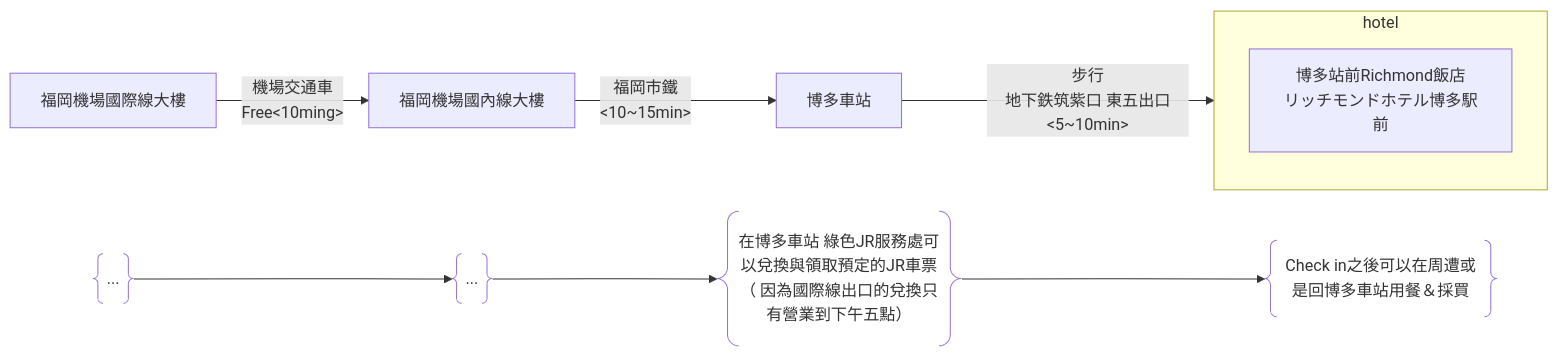
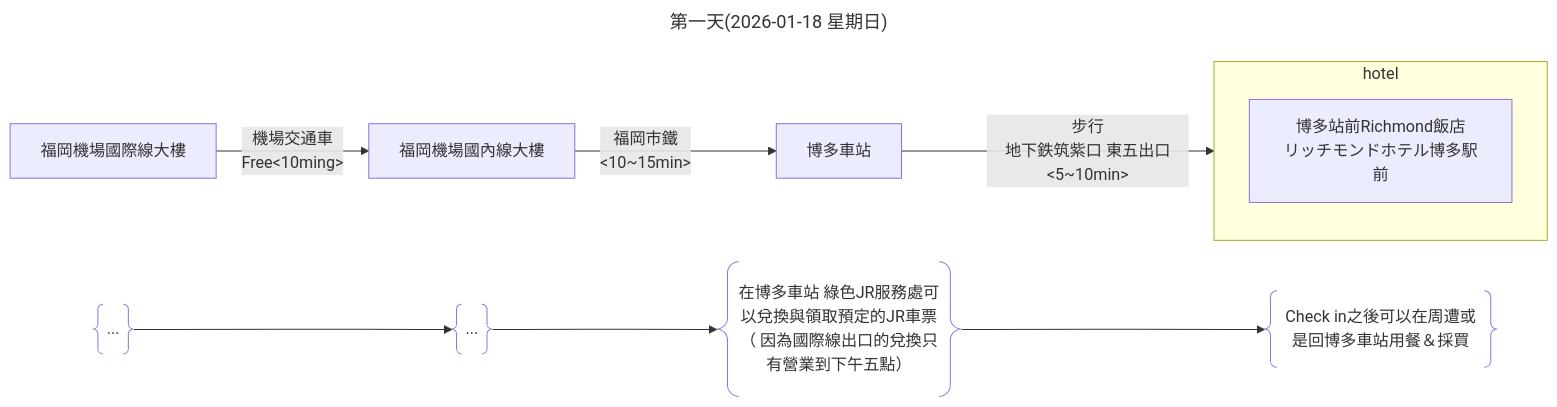
The diagram in 行程規劃.md (Shuming-Yang/2026-January-Trip), drawn with Mermaid before and after one commit.

````diff
--- a/行程規劃.md
+++ b/行程規劃.md
@@ -15,17 +15,20 @@
 ```mermaid
+---
+title: 第一天(2026-01-18 星期日)
+---
 flowchart LR
     subgraph hotel
         D[博多站前Richmond飯店<br>リッチモンドホテル博多駅前]
     end
     A[福岡機場國際線大樓] --> |機場交通車<br>Free<10ming>| B[福岡機場國內線大樓]
     B --> |福岡市鐵<br><10~15min>| C[博多車站]
     C --> |步行<br>地下鉄筑紫口 東五出口<5~10min>| hotel
 
     W@{ shape: braces, label: "..." }
     X@{ shape: braces, label: "..." }
     Y@{ shape: braces, label: "在博多車站 綠色JR服務處可以兌換與領取預定的JR車票（ 因為國際線出口的兌換只有營業到下午五點）" }
     Z@{ shape: braces, label: "Check in之後可以在周遭或是回博多車站用餐＆採買" }
     W --> X
     X --> Y
     Y --> Z
 ```
````
